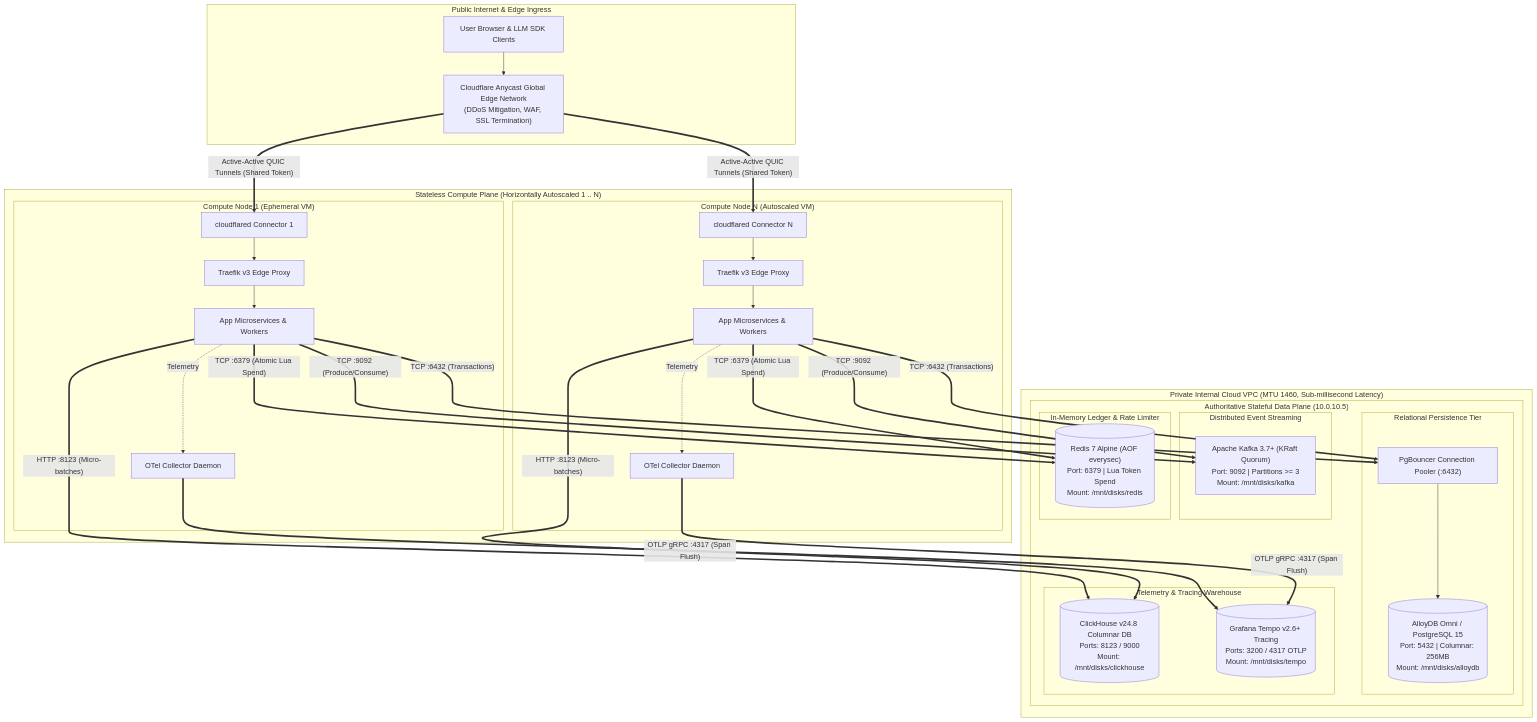
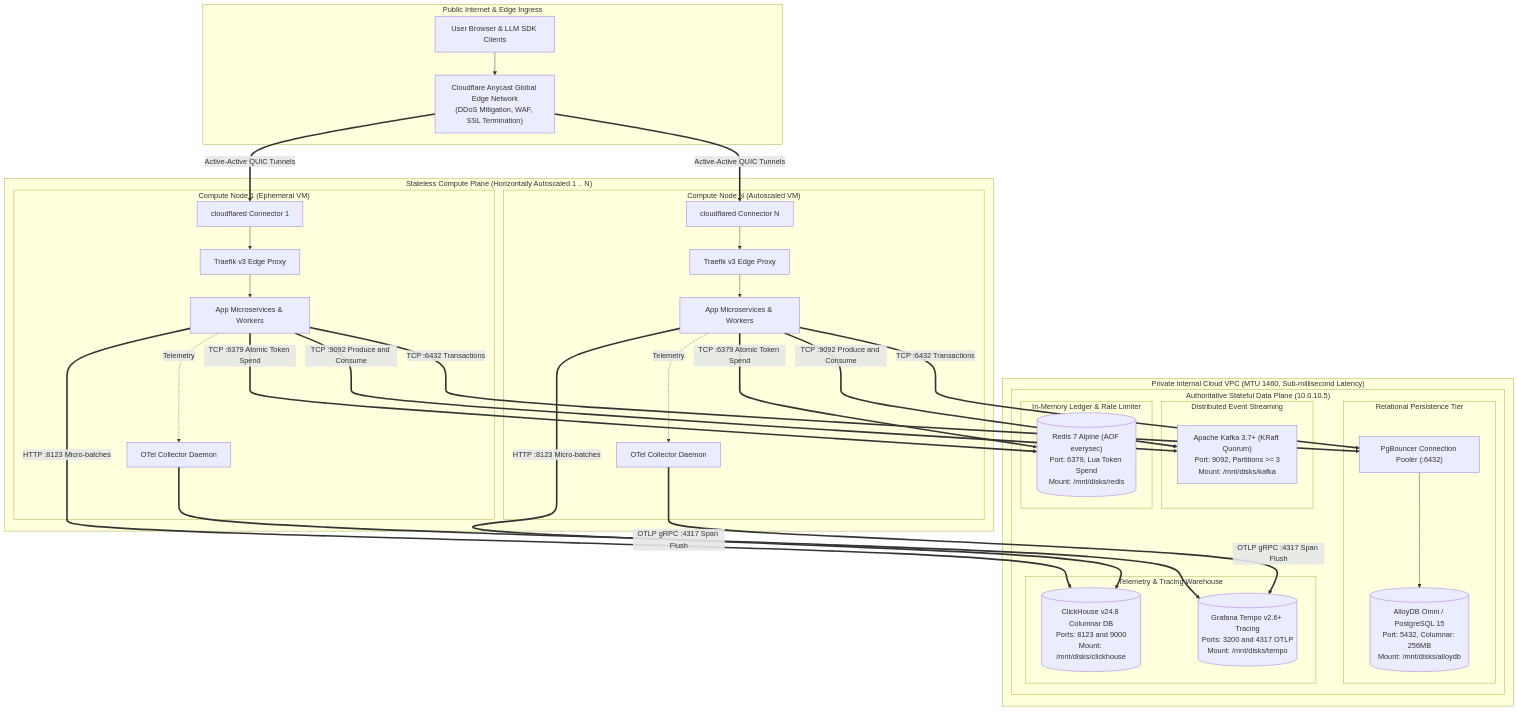
One commit to Chief-Strategist-J/llm-obs-infra changed the second of 10 diagrams in docs/architectureDoc/adr-0021-stateless-compute-autoscaling-and-stateful-plane-decoupling.md. Above: the diagram before and after it, drawn with Mermaid. The commit also changed other lines of this file, not shown here.

Commit message:
fix(adr-0021): sanitize all Mermaid edge and node labels for universal parser compatibility

````diff
--- a/docs/architectureDoc/adr-0021-stateless-compute-autoscaling-and-stateful-plane-decoupling.md
+++ b/docs/architectureDoc/adr-0021-stateless-compute-autoscaling-and-stateful-plane-decoupling.md
@@ -78,65 +78,65 @@
 ```mermaid
 flowchart TD
     subgraph Internet["Public Internet & Edge Ingress"]
         User["User Browser & LLM SDK Clients"]
         CF["Cloudflare Anycast Global Edge Network<br/>(DDoS Mitigation, WAF, SSL Termination)"]
         User --> CF
     end
 
     subgraph StatelessFleet["Stateless Compute Plane (Horizontally Autoscaled 1 .. N)"]
         subgraph Node1["Compute Node 1 (Ephemeral VM)"]
             CFT1["cloudflared Connector 1"]
             TR1["Traefik v3 Edge Proxy"]
             APP1["App Microservices & Workers"]
             OTEL1["OTel Collector Daemon"]
             CFT1 --> TR1 --> APP1
             APP1 -. Telemetry .-> OTEL1
         end
 
         subgraph NodeN["Compute Node N (Autoscaled VM)"]
             CFTN["cloudflared Connector N"]
             TRN["Traefik v3 Edge Proxy"]
             APPN["App Microservices & Workers"]
             OTELN["OTel Collector Daemon"]
             CFTN --> TRN --> APPN
             APPN -. Telemetry .-> OTELN
         end
     end
 
-    CF ==>|"Active-Active QUIC Tunnels (Shared Token)"| CFT1
-    CF ==>|"Active-Active QUIC Tunnels (Shared Token)"| CFTN
+    CF ==>|Active-Active QUIC Tunnels| CFT1
+    CF ==>|Active-Active QUIC Tunnels| CFTN
 
     subgraph PrivateVPC["Private Internal Cloud VPC (MTU 1460, Sub-millisecond Latency)"]
         subgraph StatefulPlane["Authoritative Stateful Data Plane (10.0.10.5)"]
             subgraph RelationalDB["Relational Persistence Tier"]
                 PGB["PgBouncer Connection Pooler (:6432)"]
-                ALLOY[("AlloyDB Omni / PostgreSQL 15<br/>Port: 5432 | Columnar: 256MB<br/>Mount: /mnt/disks/alloydb")]
+                ALLOY[("AlloyDB Omni / PostgreSQL 15<br/>Port: 5432, Columnar: 256MB<br/>Mount: /mnt/disks/alloydb")]
                 PGB --> ALLOY
             end
 
             subgraph StreamingBus["Distributed Event Streaming"]
-                KAFKA["Apache Kafka 3.7+ (KRaft Quorum)<br/>Port: 9092 | Partitions >= 3<br/>Mount: /mnt/disks/kafka"]
+                KAFKA["Apache Kafka 3.7+ (KRaft Quorum)<br/>Port: 9092, Partitions >= 3<br/>Mount: /mnt/disks/kafka"]
             end
 
             subgraph InMemCache["In-Memory Ledger & Rate Limiter"]
-                REDIS[("Redis 7 Alpine (AOF everysec)<br/>Port: 6379 | Lua Token Spend<br/>Mount: /mnt/disks/redis")]
+                REDIS[("Redis 7 Alpine (AOF everysec)<br/>Port: 6379, Lua Token Spend<br/>Mount: /mnt/disks/redis")]
             end
 
             subgraph TelemetryAnalytics["Telemetry & Tracing Warehouse"]
-                CH[("ClickHouse v24.8 Columnar DB<br/>Ports: 8123 / 9000<br/>Mount: /mnt/disks/clickhouse")]
-                TEMPO[("Grafana Tempo v2.6+ Tracing<br/>Ports: 3200 / 4317 OTLP<br/>Mount: /mnt/disks/tempo")]
+                CH[("ClickHouse v24.8 Columnar DB<br/>Ports: 8123 and 9000<br/>Mount: /mnt/disks/clickhouse")]
+                TEMPO[("Grafana Tempo v2.6+ Tracing<br/>Ports: 3200 and 4317 OTLP<br/>Mount: /mnt/disks/tempo")]
             end
         end
     end
 
-    APP1 ==>|"TCP :6432 (Transactions)"| PGB
-    APPN ==>|"TCP :6432 (Transactions)"| PGB
-    APP1 ==>|"TCP :9092 (Produce/Consume)"| KAFKA
-    APPN ==>|"TCP :9092 (Produce/Consume)"| KAFKA
-    APP1 ==>|"TCP :6379 (Atomic Lua Spend)"| REDIS
-    APPN ==>|"TCP :6379 (Atomic Lua Spend)"| REDIS
-    OTEL1 ==>|"OTLP gRPC :4317 (Span Flush)"| TEMPO
-    OTELN ==>|"OTLP gRPC :4317 (Span Flush)"| TEMPO
-    APP1 ==>|"HTTP :8123 (Micro-batches)"| CH
-    APPN ==>|"HTTP :8123 (Micro-batches)"| CH
+    APP1 ==>|TCP :6432 Transactions| PGB
+    APPN ==>|TCP :6432 Transactions| PGB
+    APP1 ==>|TCP :9092 Produce and Consume| KAFKA
+    APPN ==>|TCP :9092 Produce and Consume| KAFKA
+    APP1 ==>|TCP :6379 Atomic Token Spend| REDIS
+    APPN ==>|TCP :6379 Atomic Token Spend| REDIS
+    OTEL1 ==>|OTLP gRPC :4317 Span Flush| TEMPO
+    OTELN ==>|OTLP gRPC :4317 Span Flush| TEMPO
+    APP1 ==>|HTTP :8123 Micro-batches| CH
+    APPN ==>|HTTP :8123 Micro-batches| CH
 ```
````
